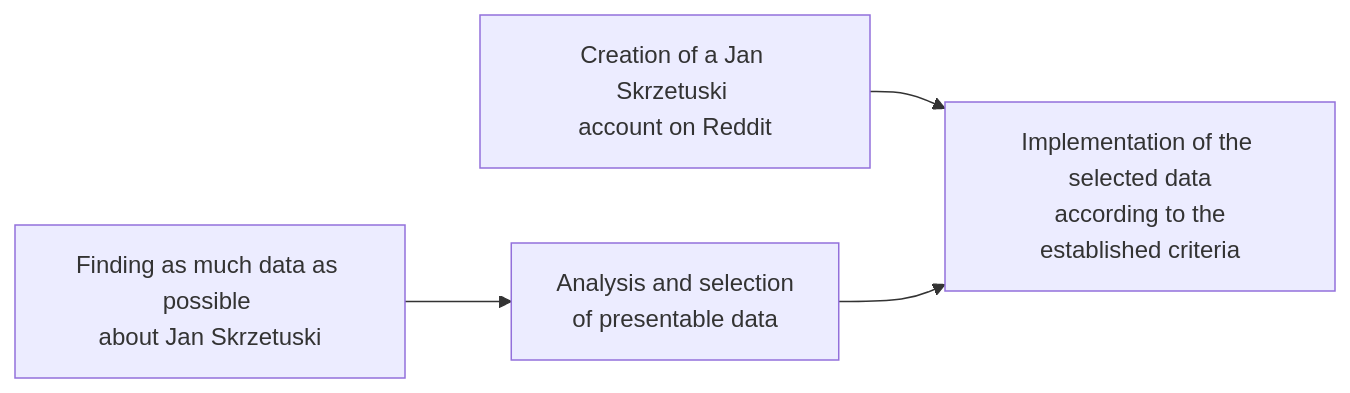
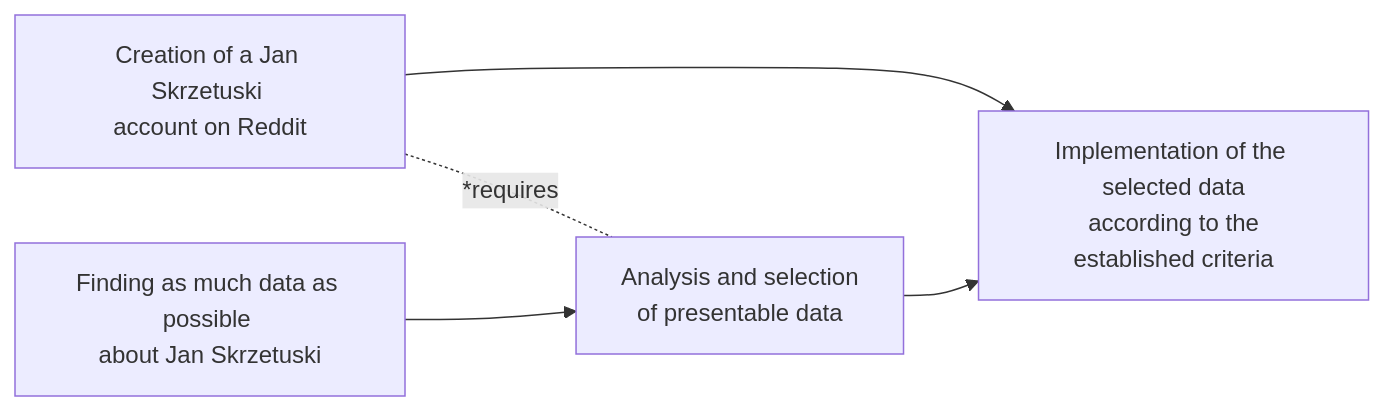
The diagram in README.md (n-kodem/Jan-Skrzetuski_Twitter), drawn with Mermaid before and after one commit.

Commit message:
readme update

````diff
--- a/README.md
+++ b/README.md
@@ -25,7 +25,7 @@
 ```mermaid
 graph LR
     A2[Creation of a Jan Skrzetuski <br>account on Reddit] --> C[Implementation of the selected data<br> according to the established criteria]
     A1[Finding as much data as possible <br>about Jan Skrzetuski] --> B[Analysis and selection <br>of presentable data]
     B --> C
-
+    A2 -.- |*requires|B;
 ```
````
